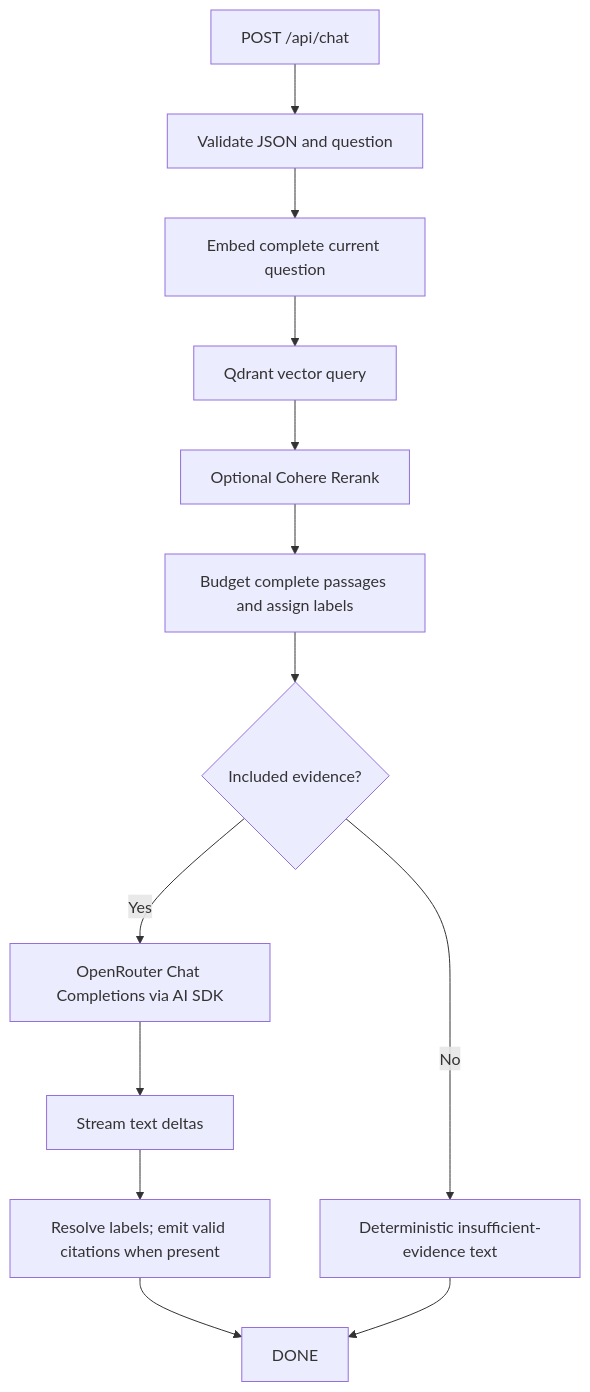
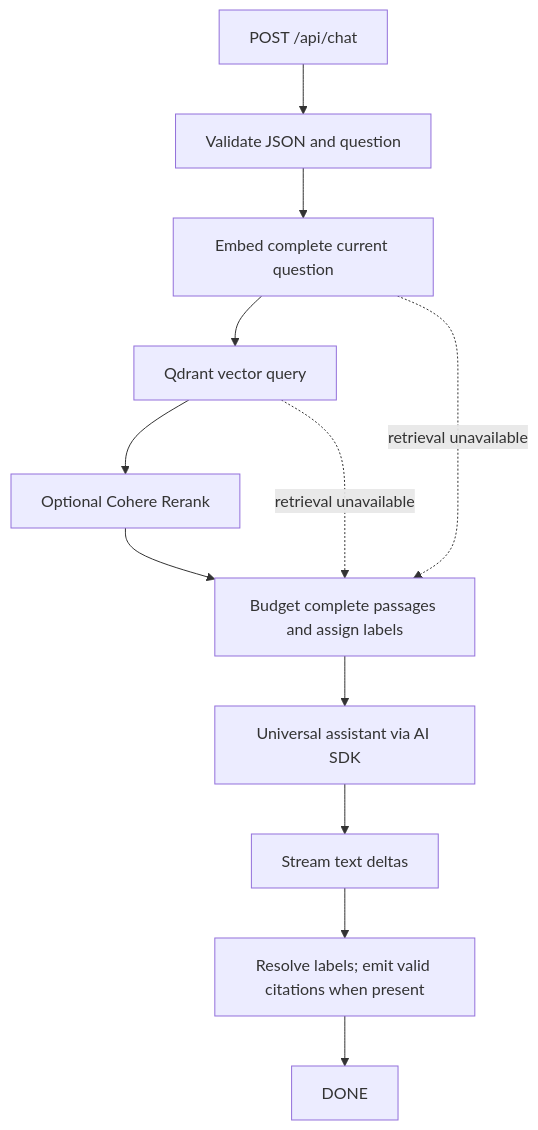
Before and after one commit to andreworkweb/nextjs-ai-chat: the second of 2 diagrams in docs/architecture.md, drawn with Mermaid. The commit also changed other lines of this file and 14 other files, not shown here.

Commit message:
Keep the existing chat as a universal AI assistant, not a RAG-only chatbot.

````diff
--- a/docs/architecture.md
+++ b/docs/architecture.md
@@ -30,15 +30,14 @@
 ```mermaid
 flowchart TD
   request["POST /api/chat"] --> validate["Validate JSON and question"]
   validate --> embed["Embed complete current question"]
   embed --> search["Qdrant vector query"]
   search --> rerank["Optional Cohere Rerank"]
   rerank --> prompt["Budget complete passages and assign labels"]
-  prompt --> fits{"Included evidence?"}
-  fits -->|Yes| generate["OpenRouter Chat Completions via AI SDK"]
-  fits -->|No| fallback["Deterministic insufficient-evidence text"]
+  embed -. retrieval unavailable .-> prompt
+  search -. retrieval unavailable .-> prompt
+  prompt --> generate["Universal assistant via AI SDK"]
   generate --> text["Stream text deltas"]
   text --> citations["Resolve labels; emit valid citations when present"]
   citations --> done["DONE"]
-  fallback --> done
 ```
````
